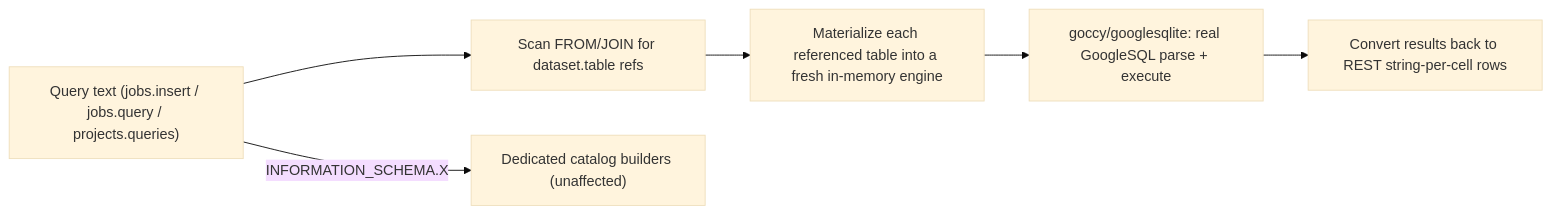
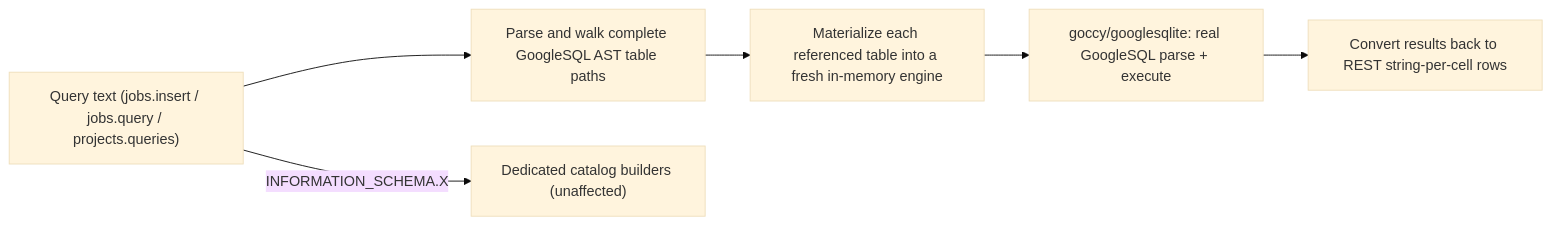
Before and after one commit to lraigosov/LocaQL: the second of 11 diagrams in README.md, drawn with Mermaid (base theme). The commit also changed other lines of this file and 42 other files, not shown here.

````diff
--- a/README.md
+++ b/README.md
@@ -150,8 +151,8 @@
 ```mermaid
 flowchart LR
-	Query["Query text (jobs.insert / jobs.query / projects.queries)"] --> Scan["Scan FROM/JOIN for dataset.table refs"]
-	Scan --> Materialize["Materialize each referenced table into a fresh in-memory engine"]
+	Query["Query text (jobs.insert / jobs.query / projects.queries)"] --> AST["Parse and walk complete GoogleSQL AST table paths"]
+	AST --> Materialize["Materialize each referenced table into a fresh in-memory engine"]
 	Materialize --> Engine["goccy/googlesqlite: real GoogleSQL parse + execute"]
 	Engine --> Convert["Convert results back to REST string-per-cell rows"]
 	Query -->|"INFORMATION_SCHEMA.X"| InfoSchema["Dedicated catalog builders (unaffected)"]
 ```
````
